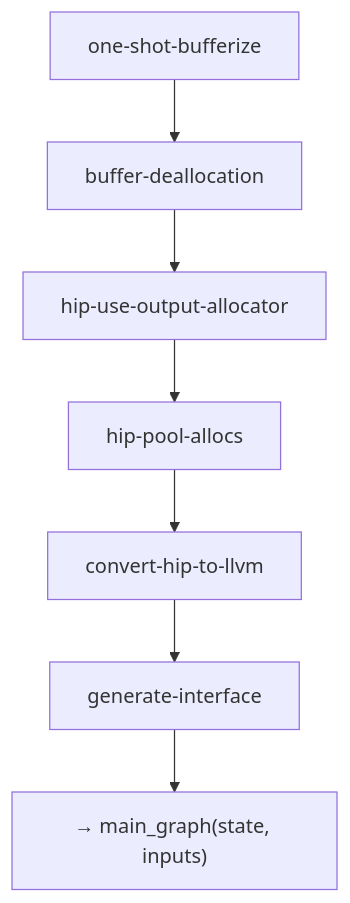
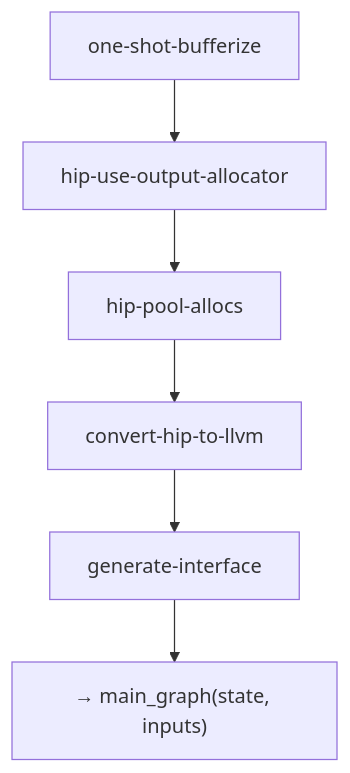
The first of 2 diagrams in docs/design/output-allocator-design.md (ROCm/hip-ep), drawn with Mermaid before and after one commit. The commit also changed other lines of this file and 2 other files, not shown here.

````diff
--- a/docs/design/output-allocator-design.md
+++ b/docs/design/output-allocator-design.md
@@ -50,9 +50,8 @@
 ```mermaid
 graph TD
-    A[one-shot-bufferize] --> B[buffer-deallocation]
-    B --> C[hip-use-output-allocator]
+    A[one-shot-bufferize] --> C[hip-use-output-allocator]
     C --> D[hip-pool-allocs]
     D --> E[convert-hip-to-llvm]
     E --> F[generate-interface]
     F --> G["→ main_graph(state, inputs)"]
 ```
````
